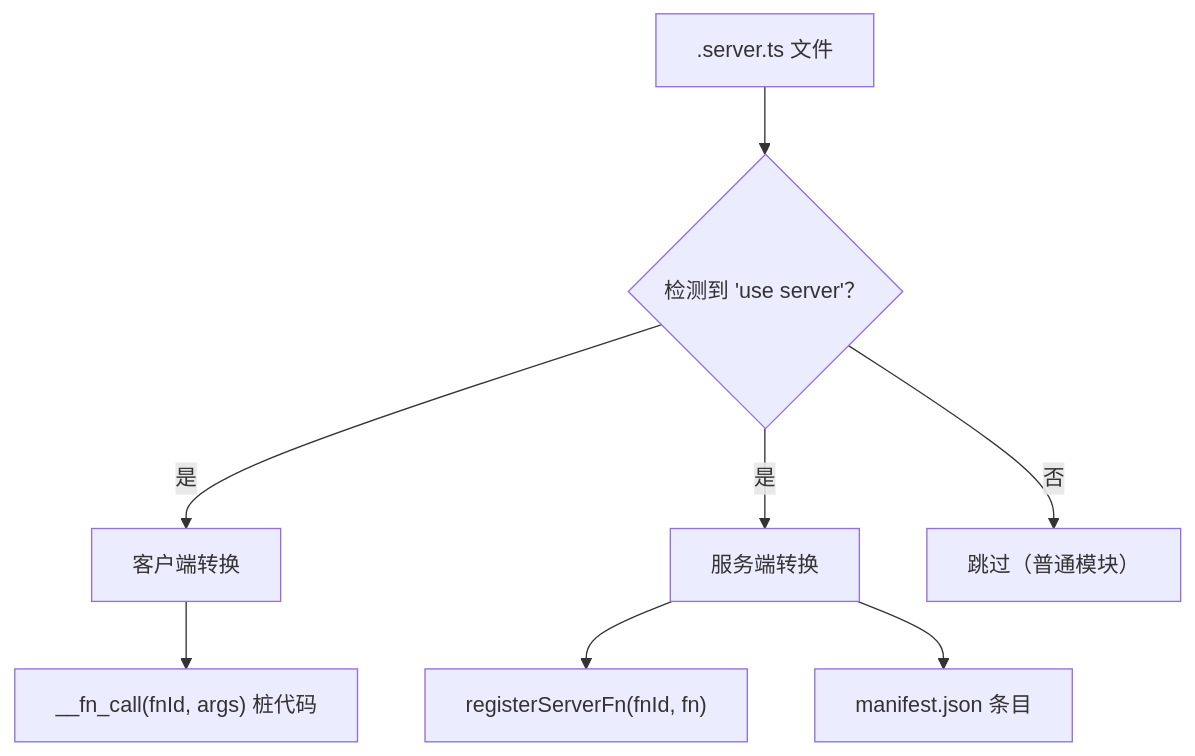
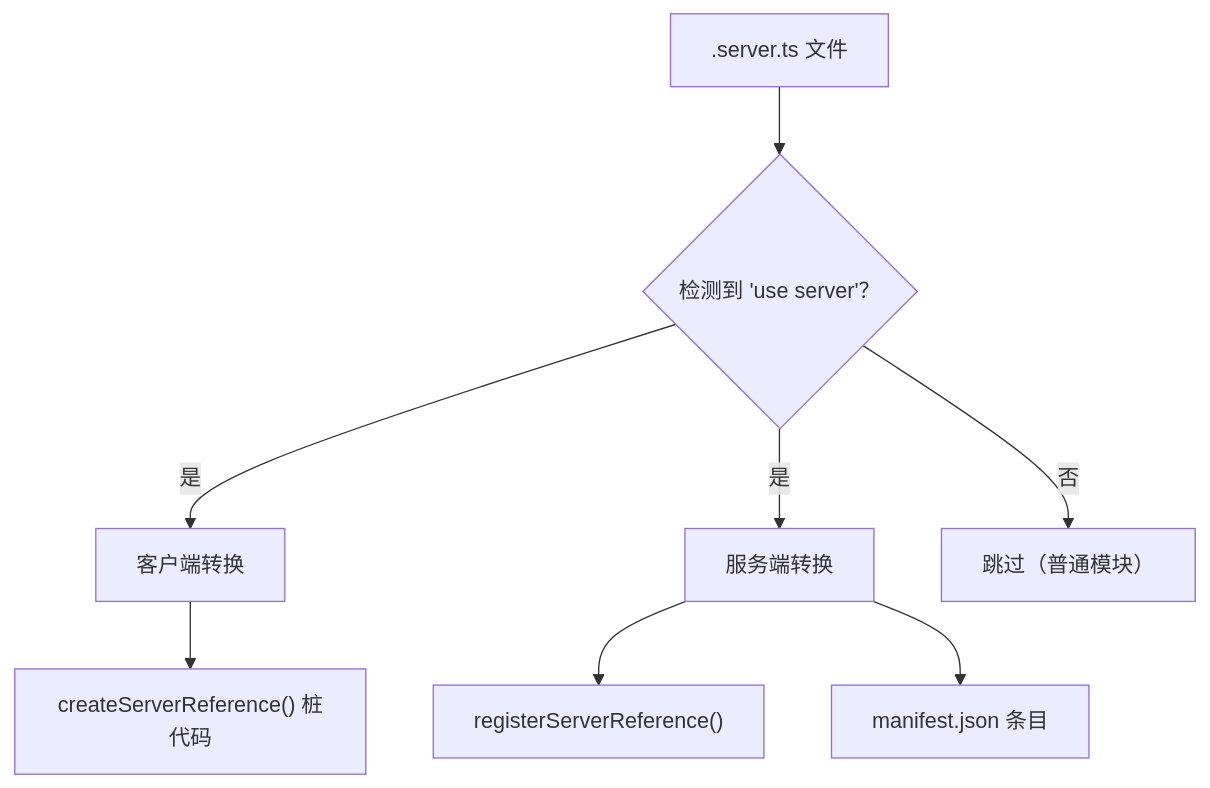
Before and after one commit to afx-team/evjs: the diagram in docs/i18n/zh-Hans/docusaurus-plugin-content-docs/current/server-functions.md, drawn with Mermaid. The commit also changed 11 other files, not shown here.

Commit message:
docs: update stale references to __fn_call and registerServerFn

````diff
--- a/docs/i18n/zh-Hans/docusaurus-plugin-content-docs/current/server-functions.md
+++ b/docs/i18n/zh-Hans/docusaurus-plugin-content-docs/current/server-functions.md
@@ -147,11 +147,11 @@
 ```mermaid
 flowchart TD
     SRC[".server.ts 文件"] --> DETECT{"检测到 'use server'？"}
     DETECT -->|是| CLIENT["客户端转换"]
     DETECT -->|是| SERVER["服务端转换"]
     DETECT -->|否| SKIP["跳过（普通模块）"]
 
-    CLIENT --> STUBS["__fn_call(fnId, args) 桩代码"]
-    SERVER --> REGISTER["registerServerFn(fnId, fn)"]
+    CLIENT --> STUBS["createServerReference() 桩代码"]
+    SERVER --> REGISTER["registerServerReference()"]
     SERVER --> MANIFEST["manifest.json 条目"]
 ```
````
